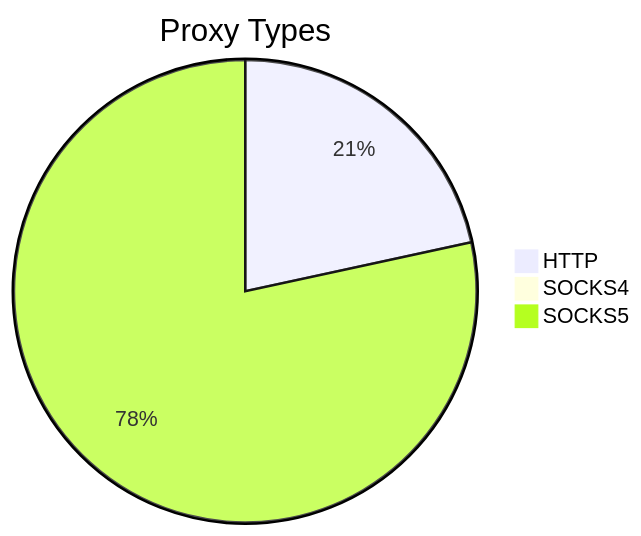
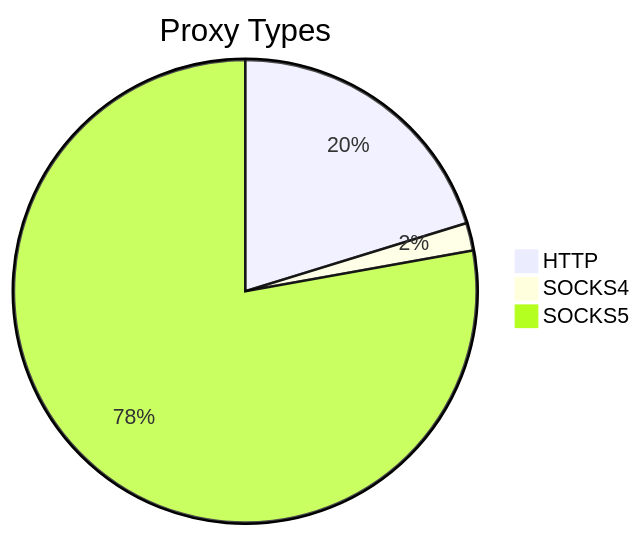
One commit to stormsia/proxy-list changed the first of 2 diagrams in README.md. Above: the diagram before and after it, drawn with Mermaid. The commit also changed other lines of this file, not shown here.

````diff
--- a/README.md
+++ b/README.md
@@ -21,6 +21,6 @@
 ```mermaid
 pie title Proxy Types
-    "HTTP" : 463
-    "SOCKS4" : 19
-    "SOCKS5" : 1680
+    "HTTP" : 827
+    "SOCKS4" : 79
+    "SOCKS5" : 3179
 ```
````
